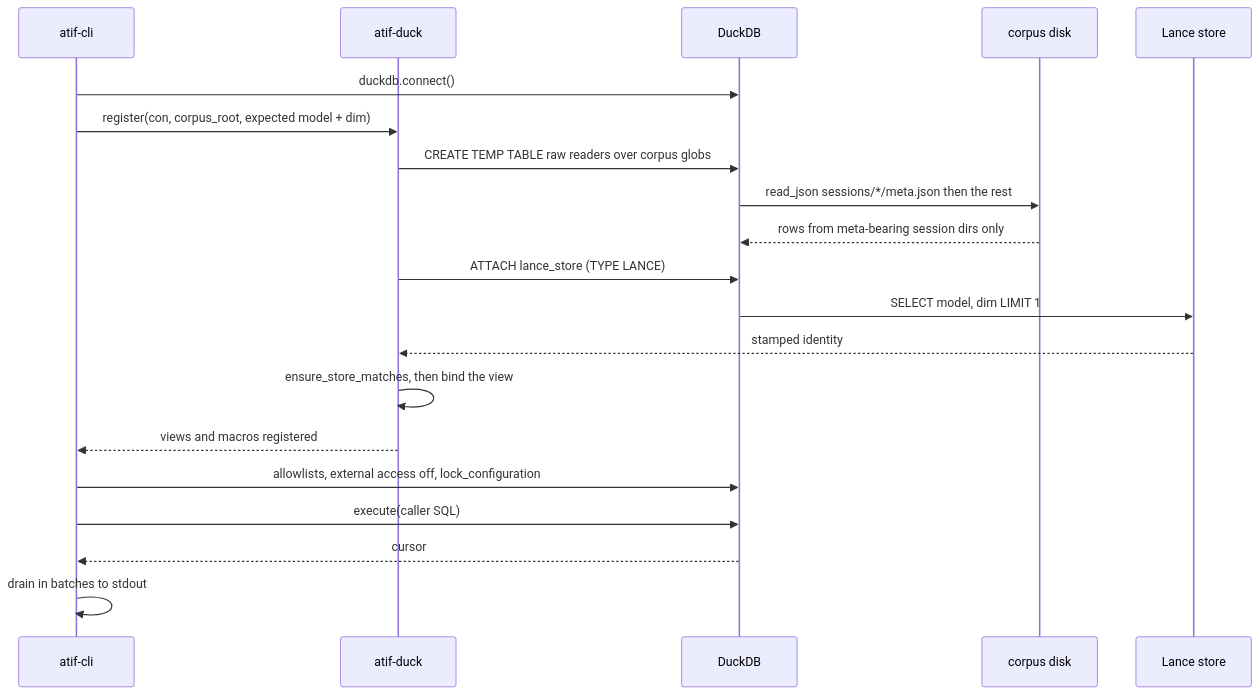
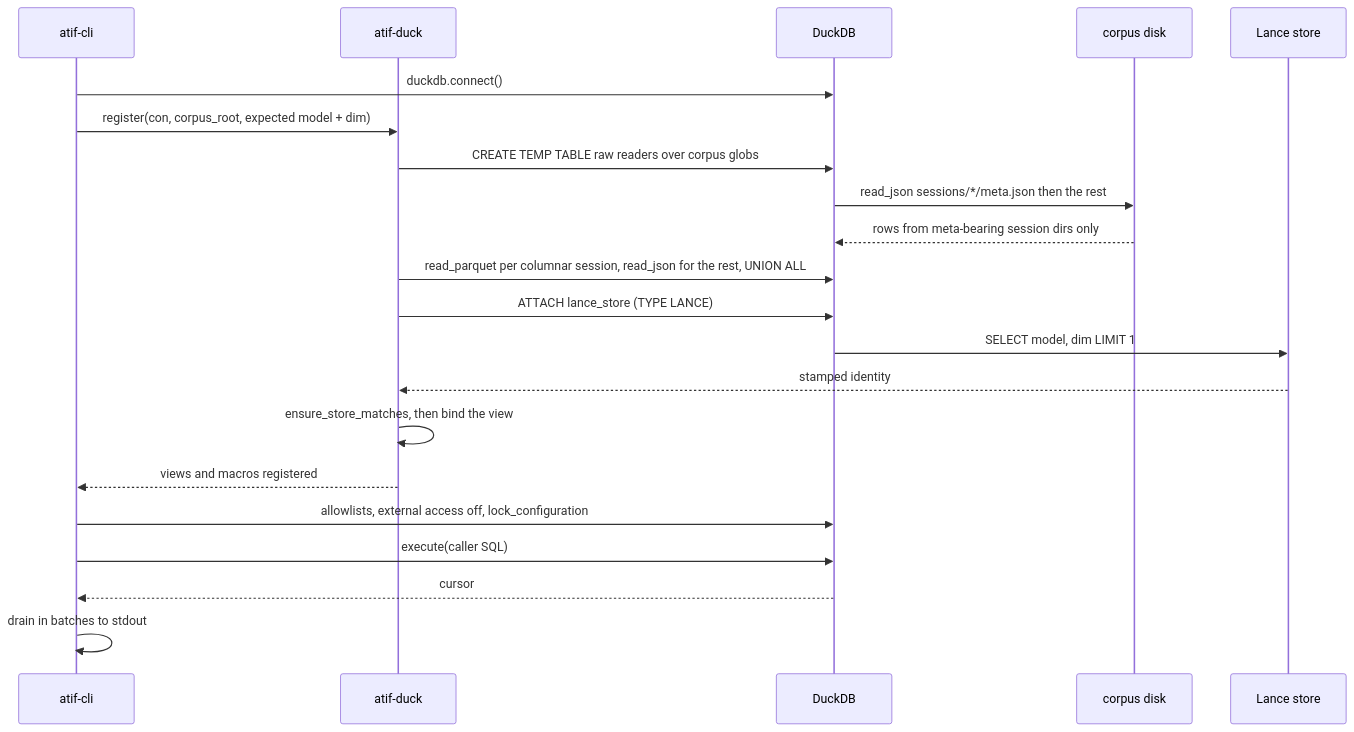
One commit to laithalsaadoon/atif-sql changed the second of 3 diagrams in docs/architecture/data-flow.md. Above: the diagram before and after it, drawn with Mermaid. The commit also changed other lines of this file and 41 other files, not shown here.

````diff
--- a/docs/architecture/data-flow.md
+++ b/docs/architecture/data-flow.md
@@ -100,23 +113,24 @@
 ```mermaid
 sequenceDiagram
     participant CLI as atif-cli
     participant Duck as atif-duck
     participant DB as DuckDB
     participant Disk as corpus disk
     participant Lance as Lance store
 
     CLI->>DB: duckdb.connect()
     CLI->>Duck: register(con, corpus_root, expected model + dim)
     Duck->>DB: CREATE TEMP TABLE raw readers over corpus globs
     DB->>Disk: read_json sessions/*/meta.json then the rest
     Disk-->>DB: rows from meta-bearing session dirs only
+    Duck->>DB: read_parquet per columnar session, read_json for the rest, UNION ALL
     Duck->>DB: ATTACH lance_store (TYPE LANCE)
     DB->>Lance: SELECT model, dim LIMIT 1
     Lance-->>Duck: stamped identity
     Duck->>Duck: ensure_store_matches, then bind the view
     Duck-->>CLI: views and macros registered
     CLI->>DB: allowlists, external access off, lock_configuration
     CLI->>DB: execute(caller SQL)
     DB-->>CLI: cursor
     CLI->>CLI: drain in batches to stdout
 ```
````
